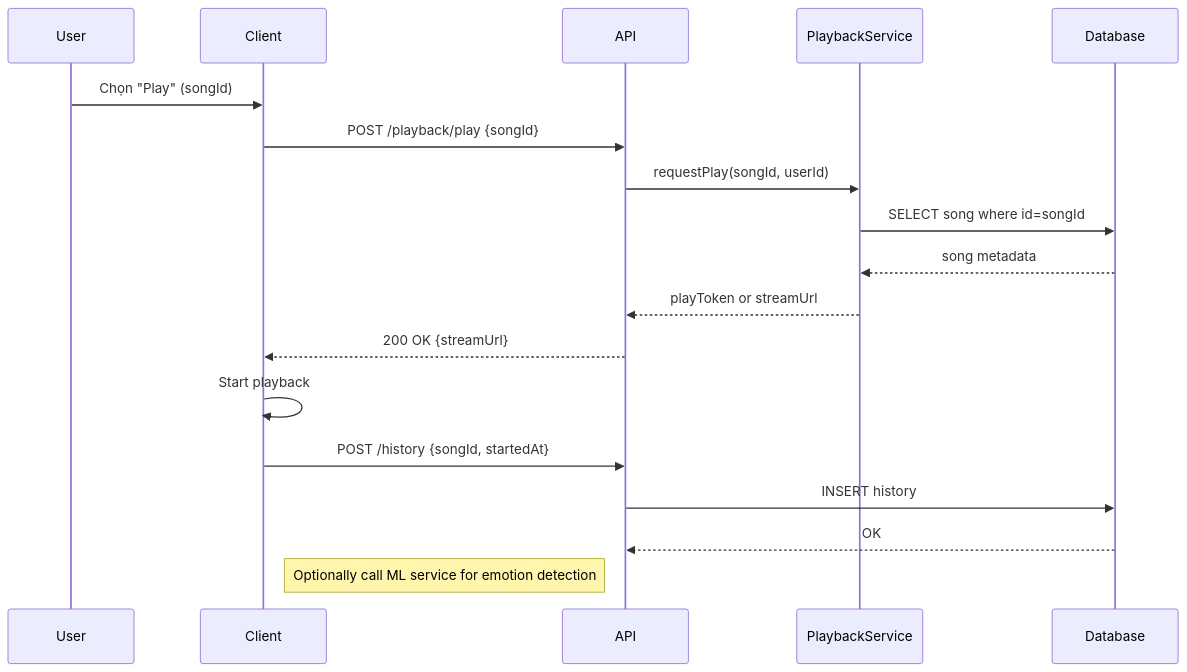
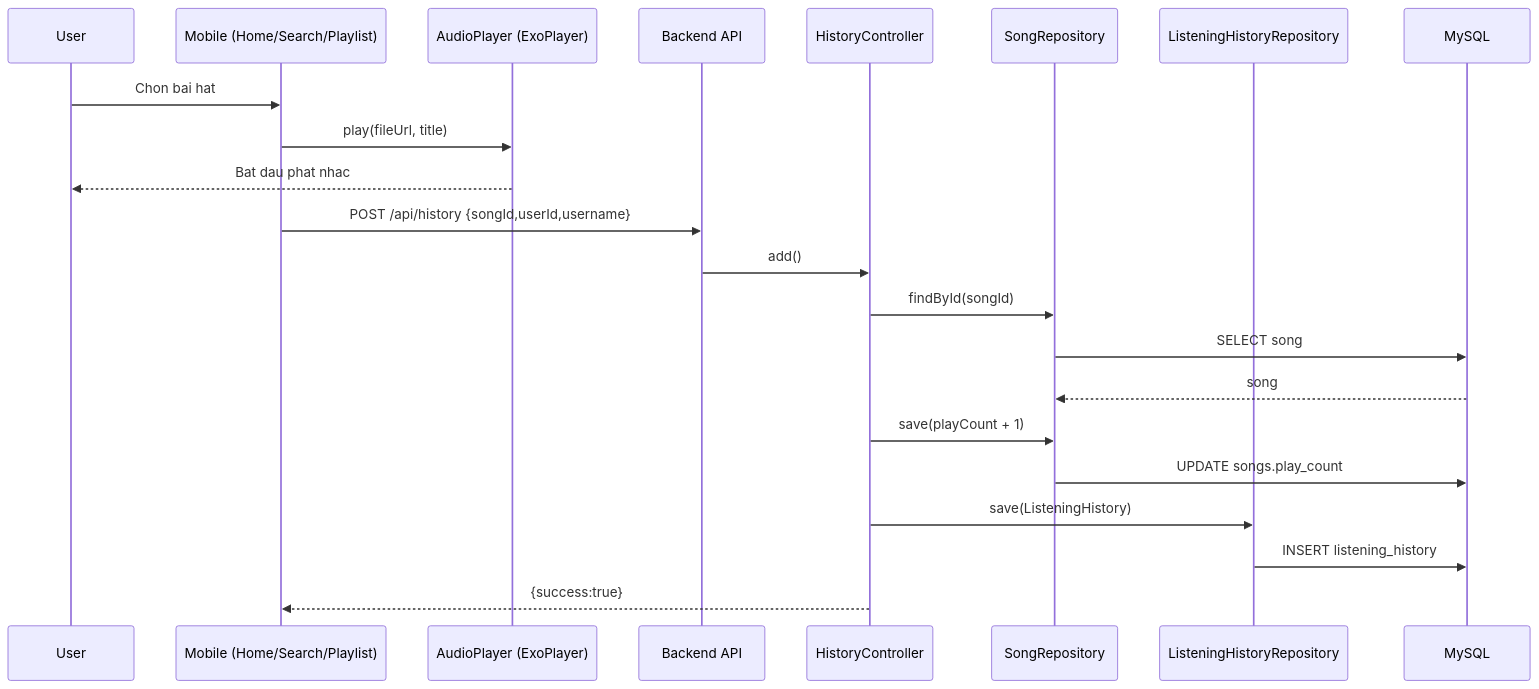
Before and after one commit to bangit14/WebBanHang-Project: the fifth of 9 diagrams in document.md, drawn with Mermaid. The commit also changed other lines of this file, not shown here.

````diff
--- a/document.md
+++ b/document.md
@@ -134,21 +293,26 @@
 ```mermaid
 sequenceDiagram
     participant U as User
-    participant C as Client
-    participant API as API
-    participant S as PlaybackService
-    participant DB as Database
+    participant M as Mobile (Home/Search/Playlist)
+    participant P as AudioPlayer (ExoPlayer)
+    participant API as Backend API
+    participant HC as HistoryController
+    participant SR as SongRepository
+    participant HR as ListeningHistoryRepository
+    participant DB as MySQL
 
-    U->>C: Chọn "Play" (songId)
-    C->>API: POST /playback/play {songId}
-    API->>S: requestPlay(songId, userId)
-    S->>DB: SELECT song where id=songId
-    DB-->>S: song metadata
-    S-->>API: playToken or streamUrl
-    API-->>C: 200 OK {streamUrl}
-    C->>C: Start playback
-    C->>API: POST /history {songId, startedAt}
-    API->>DB: INSERT history
-    DB-->>API: OK
-    Note right of C: Optionally call ML service for emotion detection
+    U->>M: Chon bai hat
+    M->>P: play(fileUrl, title)
+    P-->>U: Bat dau phat nhac
+
+    M->>API: POST /api/history {songId,userId,username}
+    API->>HC: add()
+    HC->>SR: findById(songId)
+    SR->>DB: SELECT song
+    DB-->>SR: song
+    HC->>SR: save(playCount + 1)
+    SR->>DB: UPDATE songs.play_count
+    HC->>HR: save(ListeningHistory)
+    HR->>DB: INSERT listening_history
+    HC-->>M: {success:true}
 ```
````
